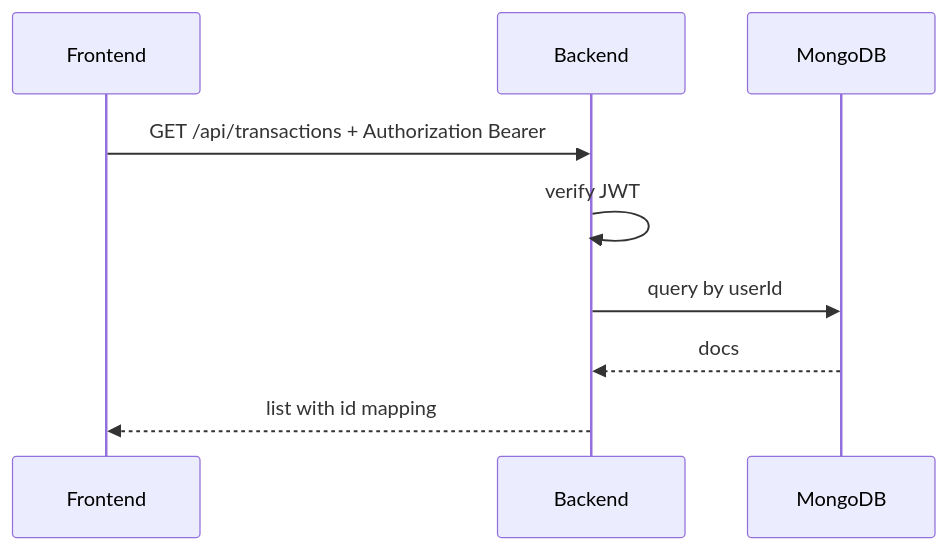
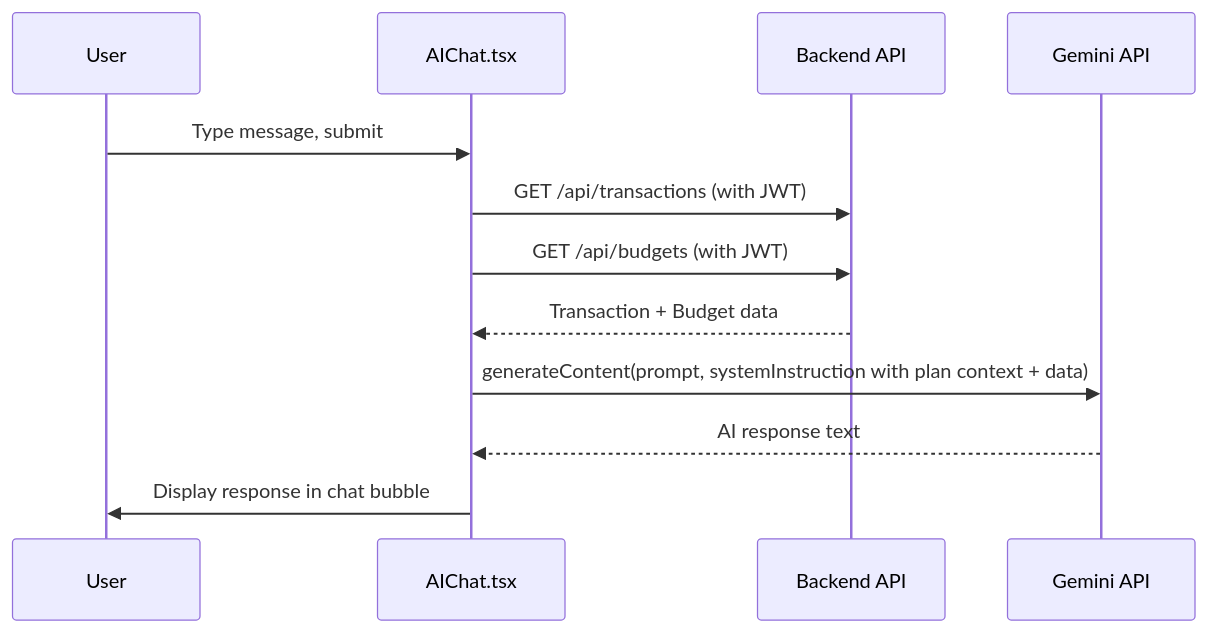
The fifth of 5 diagrams in docs/architecture.md (NanG08/Selis_for_ET), drawn with Mermaid before and after one commit. The commit also changed other lines of this file and 8 other files, not shown here.

````diff
--- a/docs/architecture.md
+++ b/docs/architecture.md
@@ -83,12 +284,15 @@
 ```mermaid
 sequenceDiagram
-  participant UI as Frontend
-  participant API as Backend
-  participant DB as MongoDB
+  participant U as User
+  participant Chat as AIChat.tsx
+  participant API as Backend API
+  participant GEM as Gemini API
 
-  UI->>API: GET /api/transactions + Authorization Bearer
-  API->>API: verify JWT
-  API->>DB: query by userId
-  DB-->>API: docs
-  API-->>UI: list with id mapping
+  U->>Chat: Type message, submit
+  Chat->>API: GET /api/transactions (with JWT)
+  Chat->>API: GET /api/budgets (with JWT)
+  API-->>Chat: Transaction + Budget data
+  Chat->>GEM: generateContent(prompt, systemInstruction with plan context + data)
+  GEM-->>Chat: AI response text
+  Chat->>U: Display response in chat bubble
 ```
````
